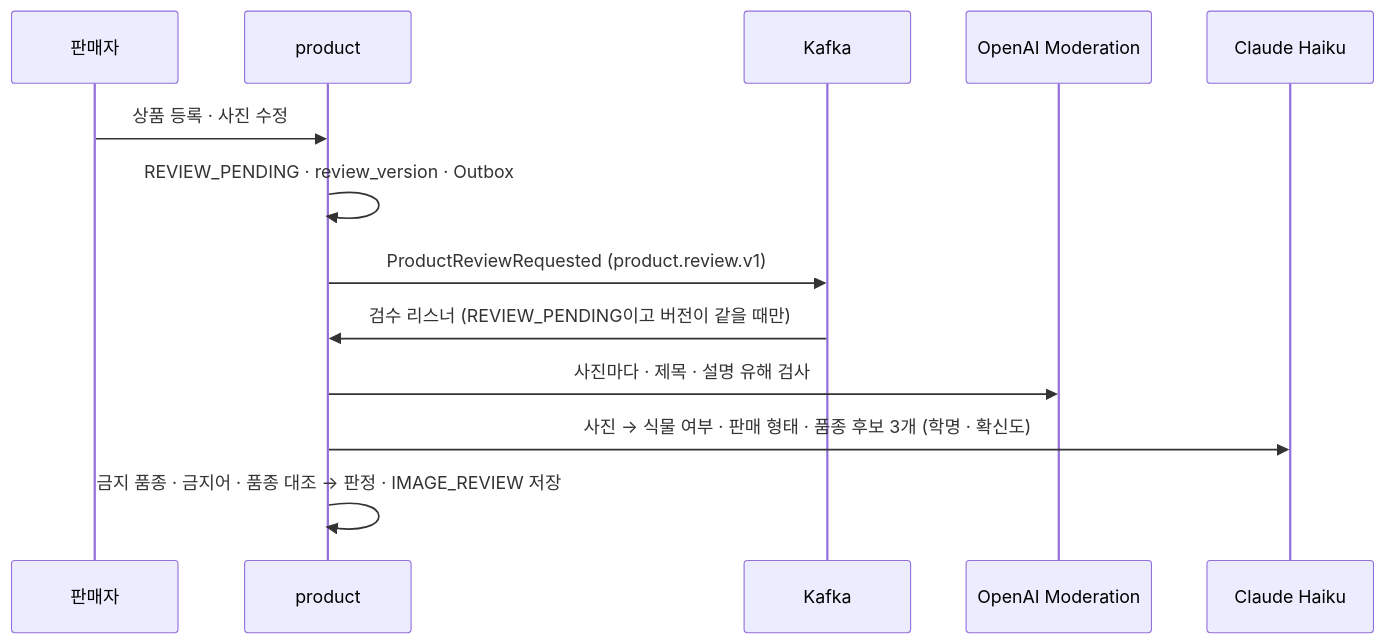
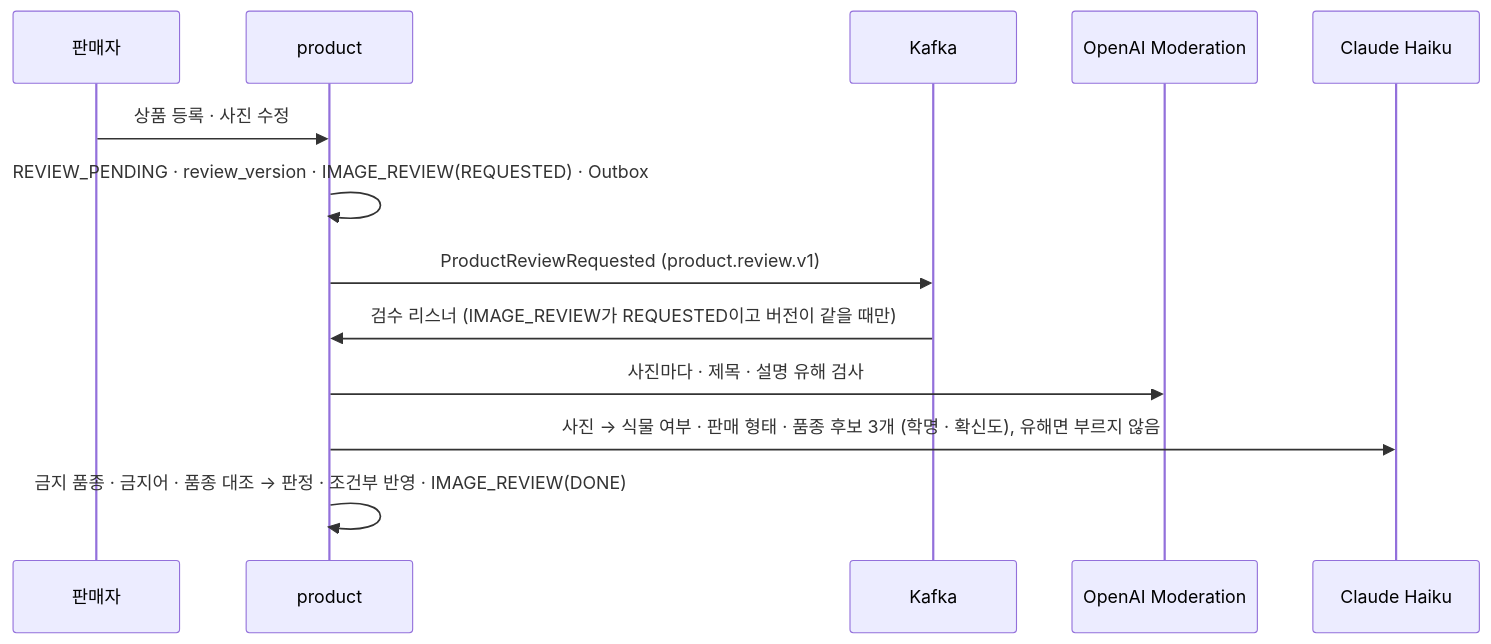
Before and after one commit to prgrms-be-adv-devcourse/beadv8_8_JustCommit_BE: the diagram in docs/flows/image-review.md, drawn with Mermaid. The commit also changed other lines of this file and 55 other files, not shown here.

````diff
--- a/docs/flows/image-review.md
+++ b/docs/flows/image-review.md
@@ -10,15 +10,15 @@
 ```mermaid
 sequenceDiagram
     participant SL as 판매자
     participant PR as product
     participant K as Kafka
     participant OM as OpenAI Moderation
     participant HK as Claude Haiku
     SL->>PR: 상품 등록 · 사진 수정
-    PR->>PR: REVIEW_PENDING · review_version · Outbox
+    PR->>PR: REVIEW_PENDING · review_version · IMAGE_REVIEW(REQUESTED) · Outbox
     PR->>K: ProductReviewRequested (product.review.v1)
-    K->>PR: 검수 리스너 (REVIEW_PENDING이고 버전이 같을 때만)
+    K->>PR: 검수 리스너 (IMAGE_REVIEW가 REQUESTED이고 버전이 같을 때만)
     PR->>OM: 사진마다 · 제목 · 설명 유해 검사
-    PR->>HK: 사진 → 식물 여부 · 판매 형태 · 품종 후보 3개 (학명 · 확신도)
-    PR->>PR: 금지 품종 · 금지어 · 품종 대조 → 판정 · IMAGE_REVIEW 저장
+    PR->>HK: 사진 → 식물 여부 · 판매 형태 · 품종 후보 3개 (학명 · 확신도), 유해면 부르지 않음
+    PR->>PR: 금지 품종 · 금지어 · 품종 대조 → 판정 · 조건부 반영 · IMAGE_REVIEW(DONE)
 ```
````
